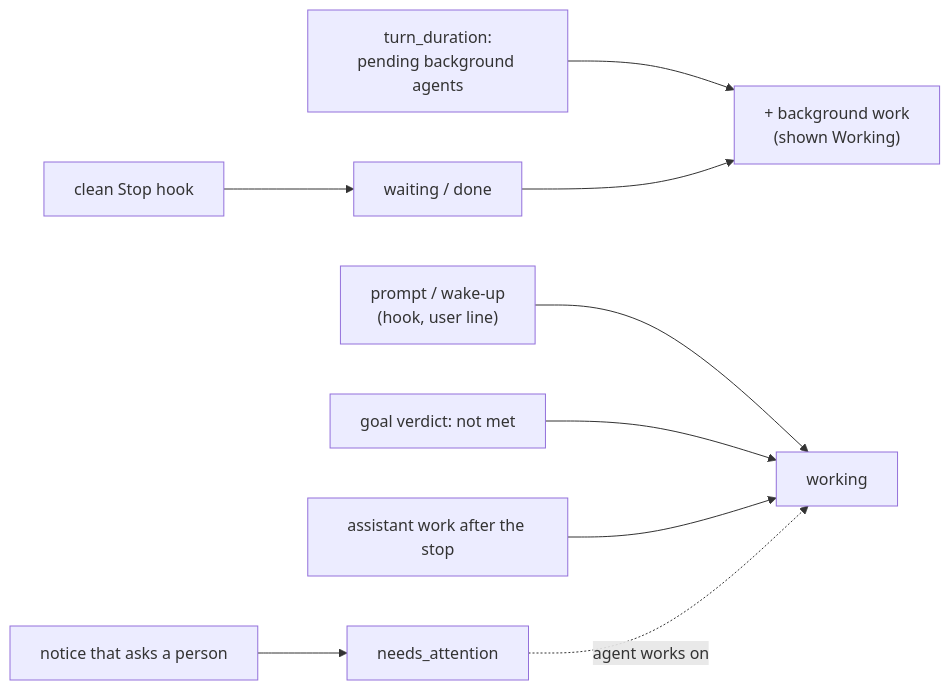
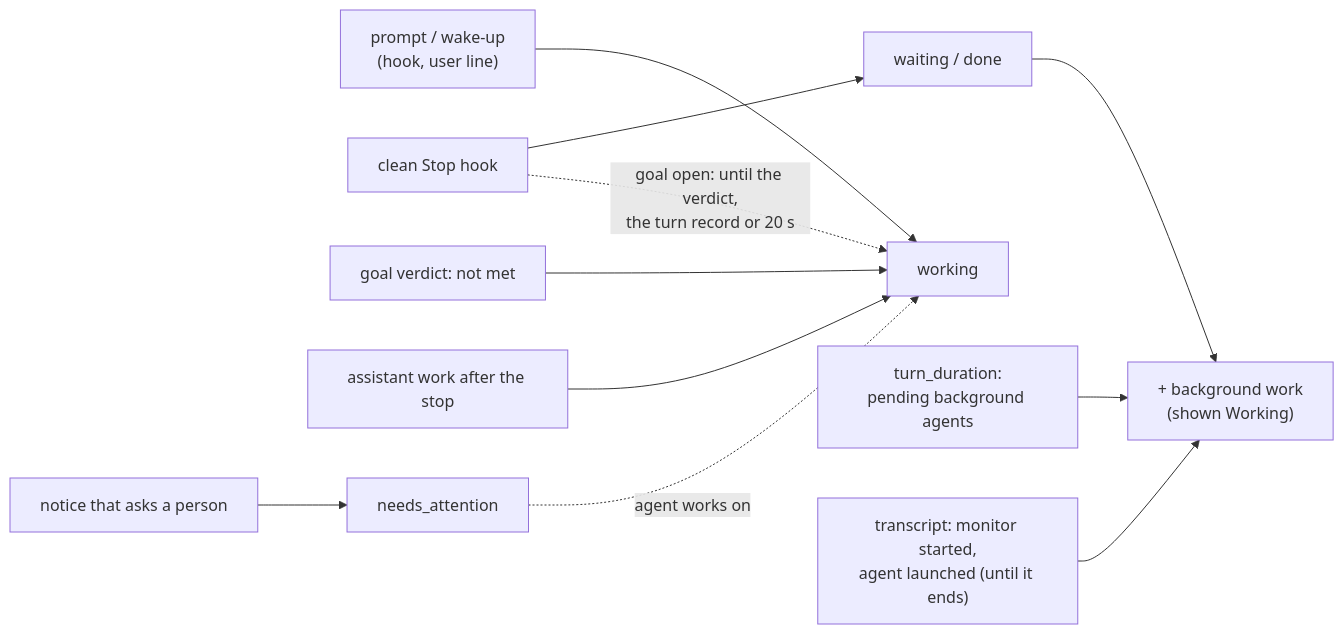
Diagram 14 of 16 in docs/architecture.md (Quartio-Studio/yulius), drawn with Mermaid before and after one commit. The commit also changed other lines of this file and 15 other files, not shown here.

First line of the commit message:
fix(status): an idle task's background work and goal verdict decide its status (#305 #264 #265 #271) (#369)

````diff
--- a/docs/architecture.md
+++ b/docs/architecture.md
@@ -396,11 +404,13 @@
 ```mermaid
 flowchart LR
     prompt["prompt / wake-up\n(hook, user line)"] --> working
     stop["clean Stop hook"] --> idle["waiting / done"]
     turn["turn_duration:\npending background agents"] --> bg["+ background work\n(shown Working)"]
+    launch["transcript: monitor started,\nagent launched (until it ends)"] --> bg
     idle --> bg
+    stop -.->|"goal open: until the verdict,\nthe turn record or 20 s"| working
     verdict["goal verdict: not met"] --> working
     work["assistant work after the stop"] --> working
     notice["notice that asks a person"] --> attention["needs_attention"]
     attention -.->|"agent works on"| working
 ```
````
